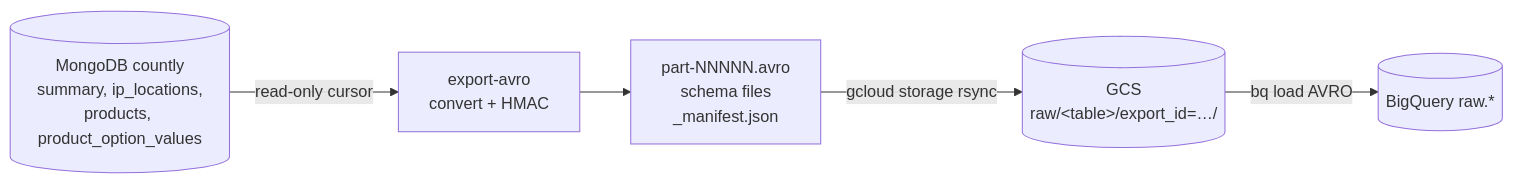
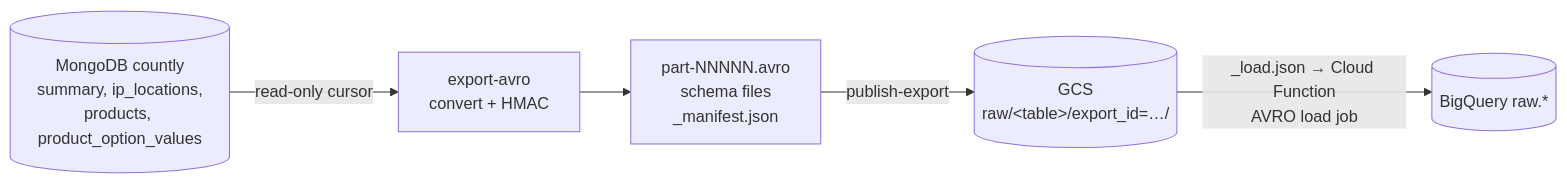
The diagram in docs/raw_layer_contract.md (ducklemon596/ecommerce-clickstream-pipeline-gcp), drawn with Mermaid before and after one commit. The commit also changed other lines of this file and 10 other files, not shown here.

````diff
--- a/docs/raw_layer_contract.md
+++ b/docs/raw_layer_contract.md
@@ -15,7 +15,7 @@
 ```mermaid
 flowchart LR
     M[(MongoDB countly<br/>summary, ip_locations,<br/>products, product_option_values)] -->|read-only cursor| C[export-avro<br/>convert + HMAC]
     C --> F[part-NNNNN.avro<br/>schema files<br/>_manifest.json]
-    F -->|gcloud storage rsync| G[(GCS<br/>raw/&lt;table&gt;/export_id=…/)]
-    G -->|bq load AVRO| B[(BigQuery raw.*)]
+    F -->|publish-export| G[(GCS<br/>raw/&lt;table&gt;/export_id=…/)]
+    G -->|_load.json → Cloud Function<br/>AVRO load job| B[(BigQuery raw.*)]
 ```
````
